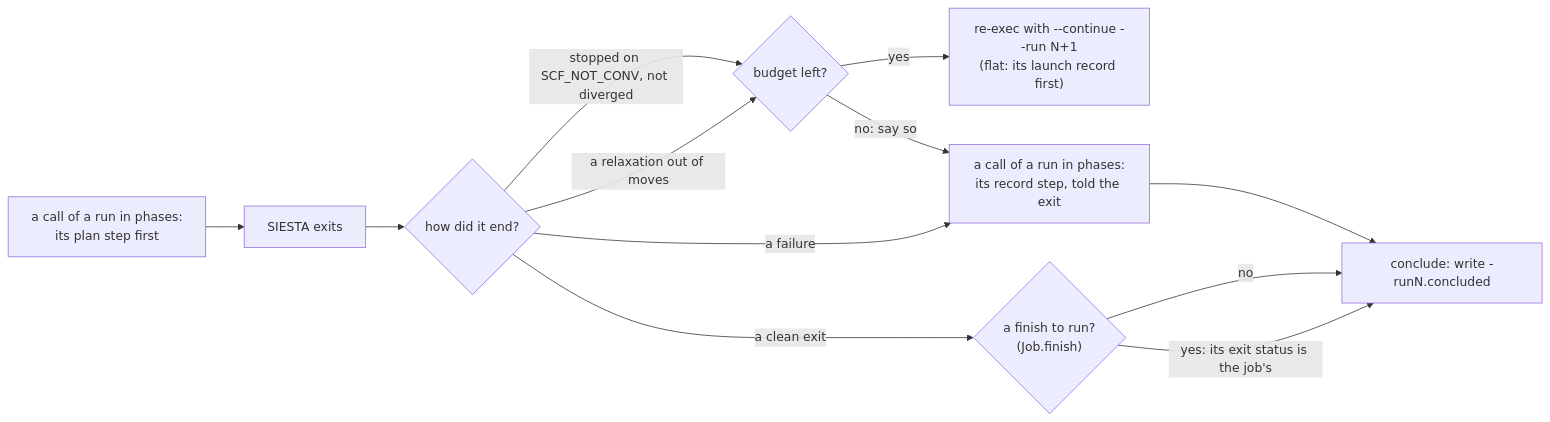
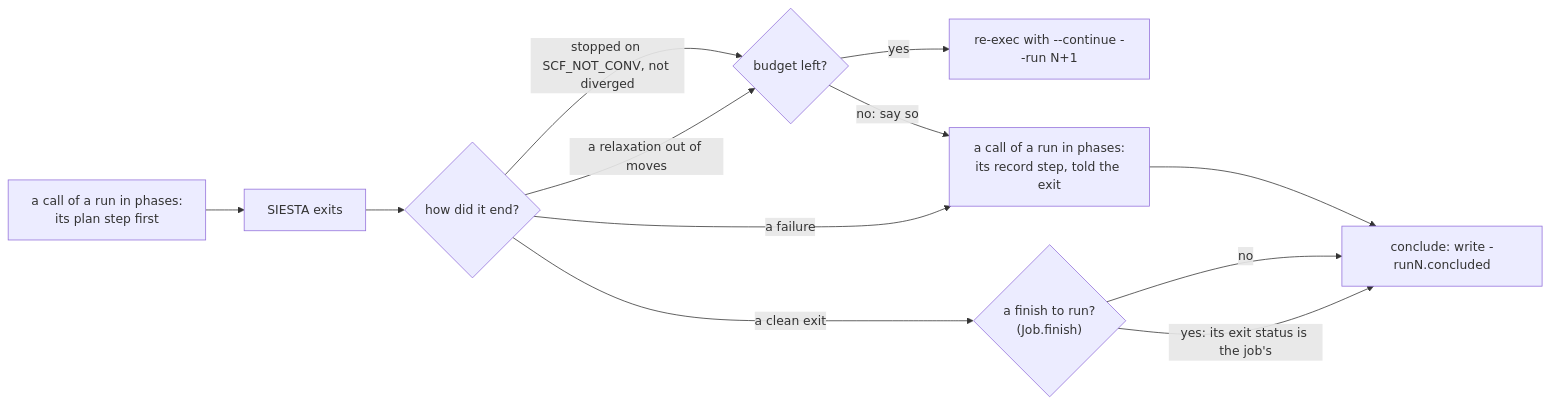
Before and after one commit to Qing-LAB/molbuilder: the second of 6 diagrams in docs/execution/running-a-job.md, drawn with Mermaid. The commit also changed other lines of this file and 193 other files, not shown here.

````diff
--- a/docs/execution/running-a-job.md
+++ b/docs/execution/running-a-job.md
@@ -567,14 +567,14 @@
 ```mermaid
 flowchart LR
     P["a call of a run in phases:<br/>its plan step first"] --> X["SIESTA exits"]
     X --> Q{"how did it end?"}
     Q -->|"stopped on SCF_NOT_CONV, not diverged"| B{"budget left?"}
     Q -->|"a relaxation out of moves"| B
     Q -->|"a failure"| S["a call of a run in phases:<br/>its record step, told the exit"]
     S --> C["conclude: write -runN.concluded"]
     Q -->|"a clean exit"| F{"a finish to run?<br/>(Job.finish)"}
     F -->|"no"| C
     F -->|"yes: its exit status is the job's"| C
-    B -->|"yes"| R["re-exec with --continue --run N+1<br/>(flat: its launch record first)"]
+    B -->|"yes"| R["re-exec with --continue --run N+1"]
     B -->|"no: say so"| S
 ```
````
